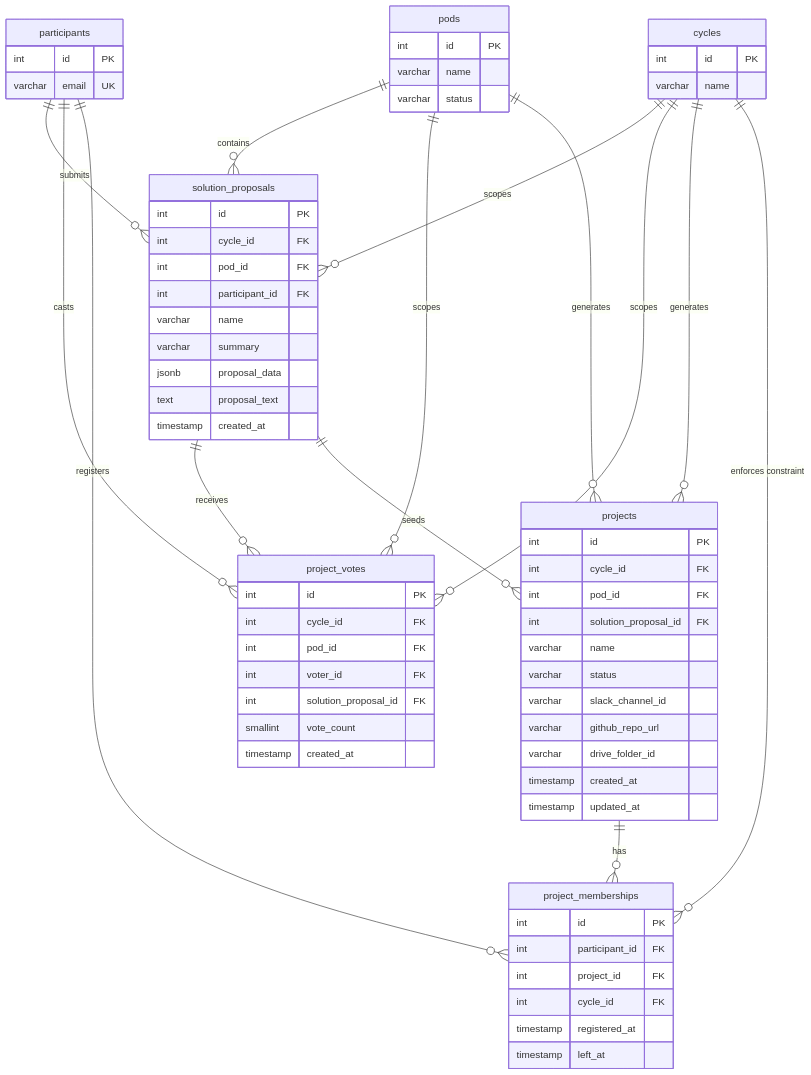
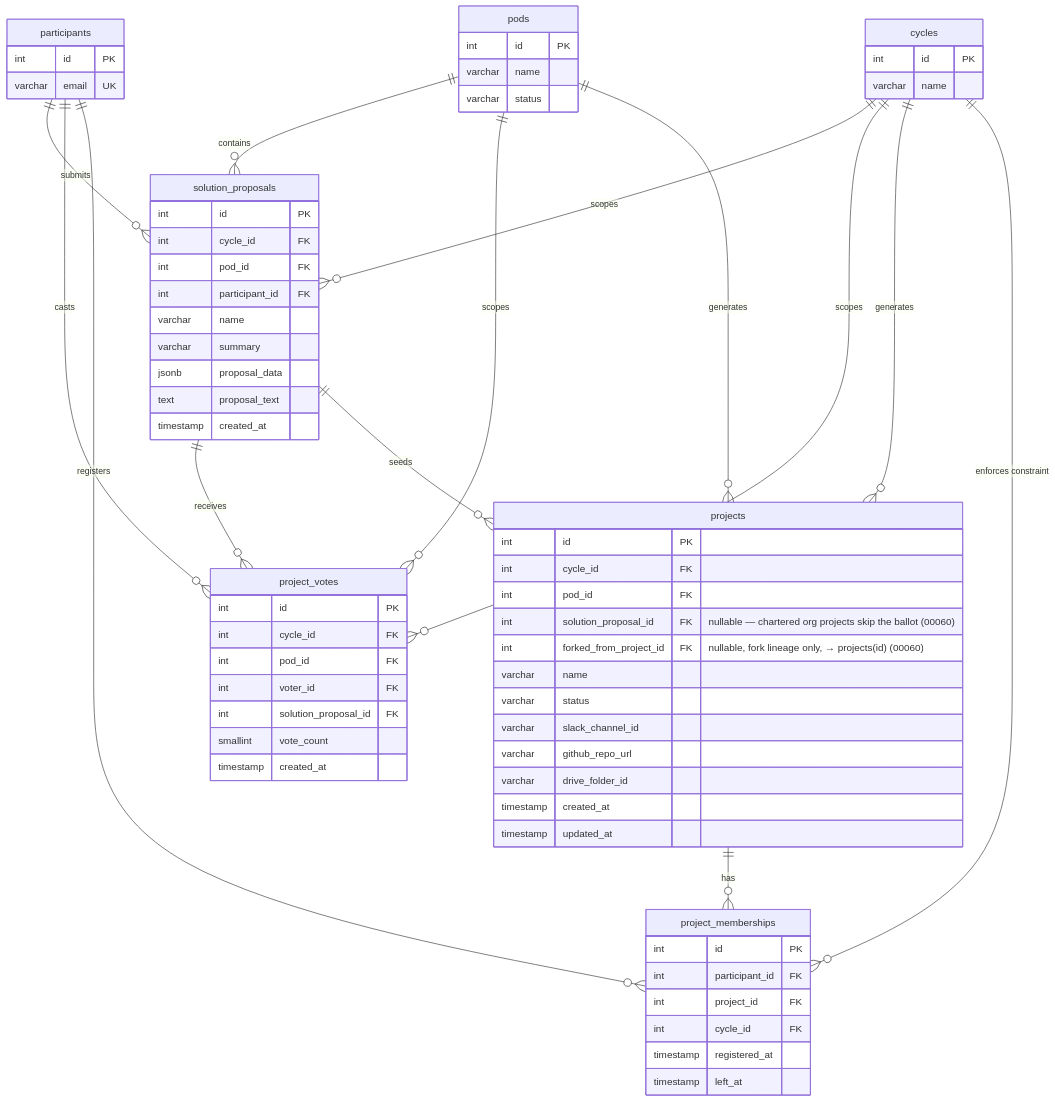
One commit to TheUpskillingLabs/OLOS changed the fifth of 9 diagrams in SCHEMA.md. Above: the diagram before and after it, drawn with Mermaid. The commit also changed other lines of this file and 18 other files, not shown here.

````diff
--- a/SCHEMA.md
+++ b/SCHEMA.md
@@ -324,77 +329,78 @@
 ```mermaid
 erDiagram
     cycles {
         int id PK
         varchar name
     }
 
     participants {
         int id PK
         varchar email UK
     }
 
     pods {
         int id PK
         varchar name
         varchar status
     }
 
     solution_proposals {
         int id PK
         int cycle_id FK
         int pod_id FK
         int participant_id FK
         varchar name
         varchar summary
         jsonb proposal_data
         text proposal_text
         timestamp created_at
     }
 
     project_votes {
         int id PK
         int cycle_id FK
         int pod_id FK
         int voter_id FK
         int solution_proposal_id FK
         smallint vote_count
         timestamp created_at
     }
 
     projects {
         int id PK
         int cycle_id FK
         int pod_id FK
-        int solution_proposal_id FK
+        int solution_proposal_id FK "nullable — chartered org projects skip the ballot (00060)"
+        int forked_from_project_id FK "nullable, fork lineage only, → projects(id) (00060)"
         varchar name
         varchar status
         varchar slack_channel_id
         varchar github_repo_url
         varchar drive_folder_id
         timestamp created_at
         timestamp updated_at
     }
 
     project_memberships {
         int id PK
         int participant_id FK
         int project_id FK
         int cycle_id FK
         timestamp registered_at
         timestamp left_at
     }
 
     pods ||--o{ solution_proposals : "contains"
     participants ||--o{ solution_proposals : "submits"
     cycles ||--o{ solution_proposals : "scopes"
     solution_proposals ||--o{ project_votes : "receives"
     participants ||--o{ project_votes : "casts"
     pods ||--o{ project_votes : "scopes"
     cycles ||--o{ project_votes : "scopes"
     solution_proposals ||--o{ projects : "seeds"
     pods ||--o{ projects : "generates"
     cycles ||--o{ projects : "generates"
     projects ||--o{ project_memberships : "has"
     participants ||--o{ project_memberships : "registers"
     cycles ||--o{ project_memberships : "enforces constraint"
 ```
````
